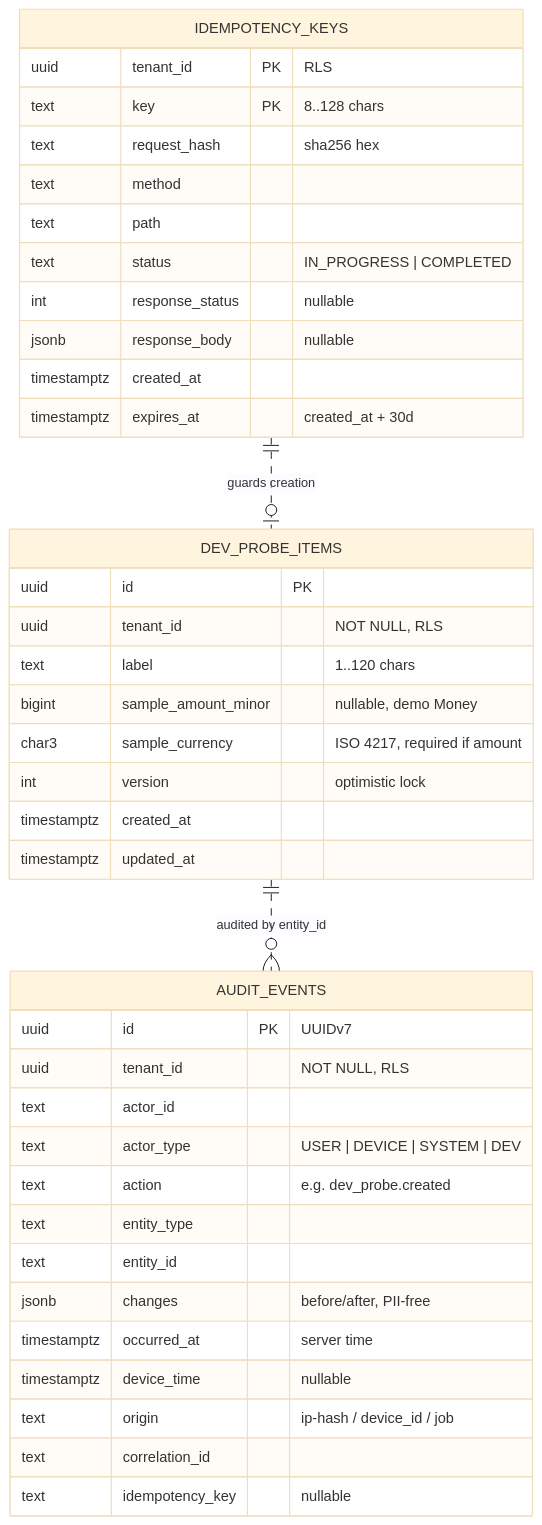
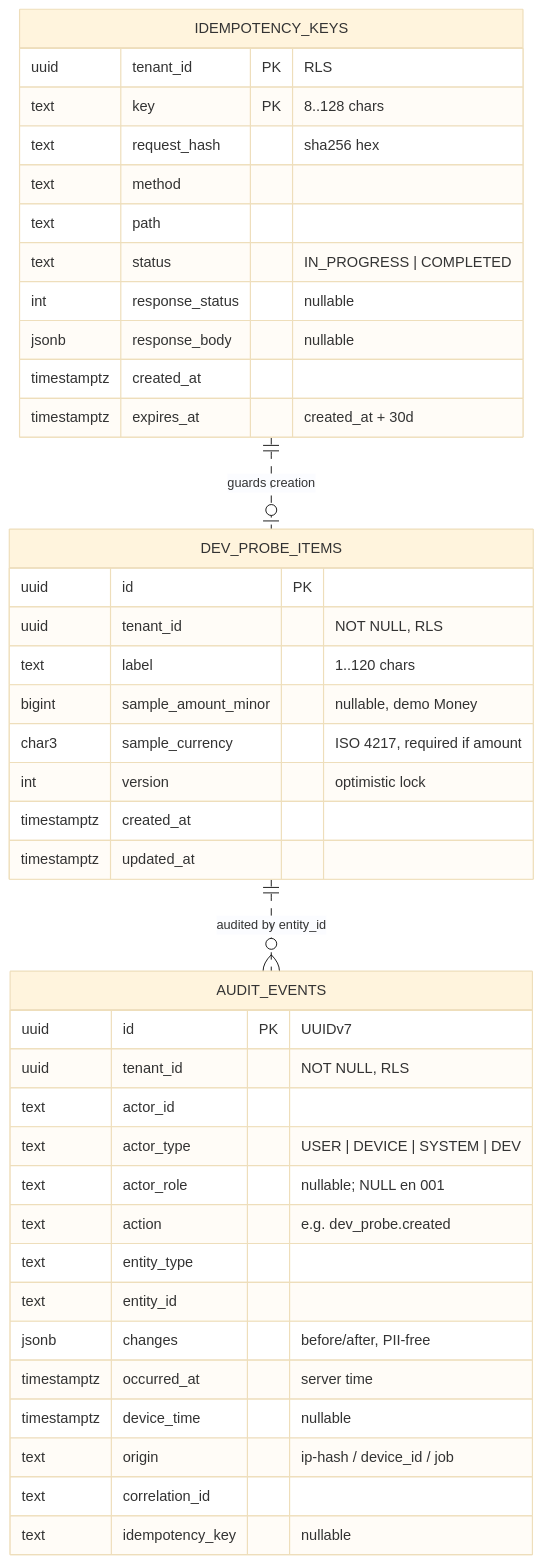
The first of 2 diagrams in specs/001-platform-foundation/data-model.md (aguila486/kuota-platform), drawn with Mermaid (base theme) before and after one commit. The commit also changed other lines of this file and 9 other files, not shown here.

````diff
--- a/specs/001-platform-foundation/data-model.md
+++ b/specs/001-platform-foundation/data-model.md
@@ -36,42 +36,43 @@
 ```mermaid
 erDiagram
     DEV_PROBE_ITEMS {
         uuid id PK
         uuid tenant_id "NOT NULL, RLS"
         text label "1..120 chars"
         bigint sample_amount_minor "nullable, demo Money"
         char3 sample_currency "ISO 4217, required if amount"
         int version "optimistic lock"
         timestamptz created_at
         timestamptz updated_at
     }
     IDEMPOTENCY_KEYS {
         uuid tenant_id PK "RLS"
         text key PK "8..128 chars"
         text request_hash "sha256 hex"
         text method
         text path
         text status "IN_PROGRESS | COMPLETED"
         int response_status "nullable"
         jsonb response_body "nullable"
         timestamptz created_at
         timestamptz expires_at "created_at + 30d"
     }
     AUDIT_EVENTS {
         uuid id PK "UUIDv7"
         uuid tenant_id "NOT NULL, RLS"
         text actor_id
         text actor_type "USER | DEVICE | SYSTEM | DEV"
+        text actor_role "nullable; NULL en 001"
         text action "e.g. dev_probe.created"
         text entity_type
         text entity_id
         jsonb changes "before/after, PII-free"
         timestamptz occurred_at "server time"
         timestamptz device_time "nullable"
         text origin "ip-hash / device_id / job"
         text correlation_id
         text idempotency_key "nullable"
     }
     DEV_PROBE_ITEMS ||..o{ AUDIT_EVENTS : "audited by entity_id"
     IDEMPOTENCY_KEYS ||..o| DEV_PROBE_ITEMS : "guards creation"
 ```
````
